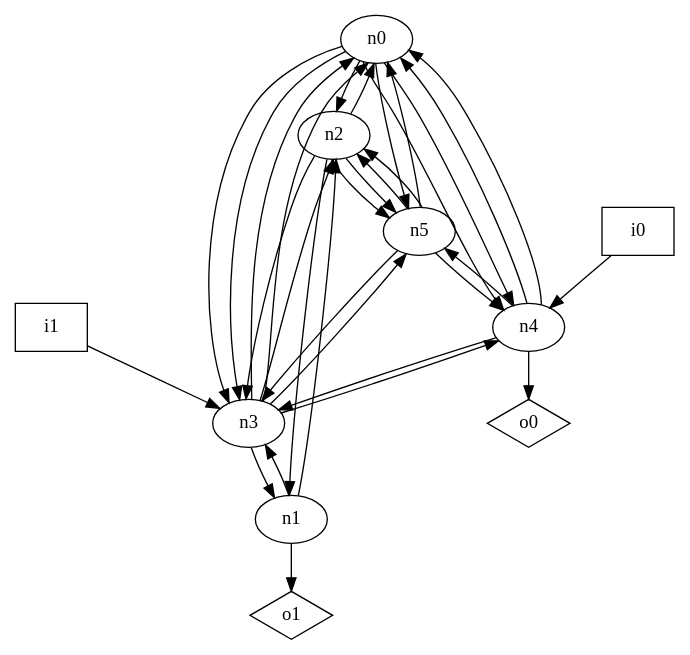
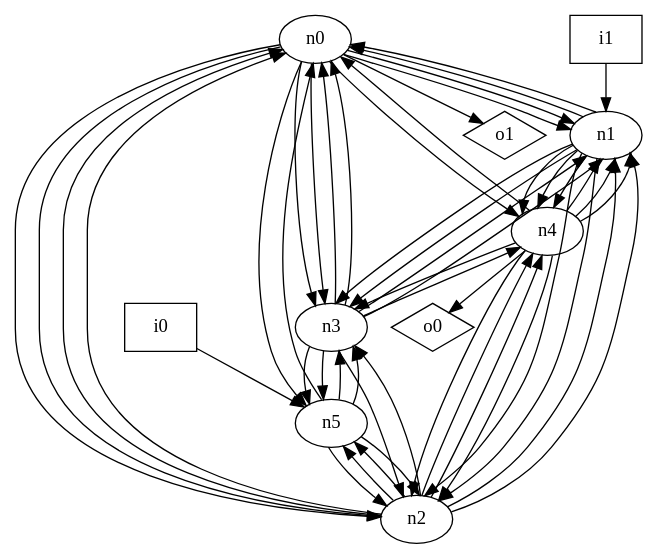
The diagram in dot_files/random/random_undirected_loop_free_graph.dot (p9romain/bool-circuits), drawn with Graphviz before and after one commit. The commit also changed 53 other files, not shown here.

```diff
--- a/dot_files/random/random_undirected_loop_free_graph.dot
+++ b/dot_files/random/random_undirected_loop_free_graph.dot
@@ -1,44 +1,62 @@
 digraph G {
 n0 [label="n0"];
 n1 [label="n1"];
 n2 [label="n2"];
 n3 [label="n3"];
 n4 [label="n4"];
 n5 [label="n5"];
 n6 [label="i0",shape="box"];
 n7 [label="i1",shape="box"];
 n8 [label="o0",shape="diamond"];
 n9 [label="o1",shape="diamond"];
+n0 -> n1
+n0 -> n1
+n0 -> n2
 n0 -> n2
 n0 -> n3
 n0 -> n3
 n0 -> n4
-n0 -> n4
 n0 -> n5
+n0 -> n9
+n1 -> n0
+n1 -> n0
+n1 -> n2
 n1 -> n2
 n1 -> n3
-n1 -> n9
+n1 -> n3
+n1 -> n4
+n1 -> n4
+n1 -> n4
+n2 -> n0
 n2 -> n0
 n2 -> n1
+n2 -> n1
 n2 -> n3
+n2 -> n4
+n2 -> n4
 n2 -> n5
 n2 -> n5
 n3 -> n0
 n3 -> n0
 n3 -> n1
+n3 -> n1
 n3 -> n2
 n3 -> n4
 n3 -> n5
+n3 -> n5
 n4 -> n0
-n4 -> n0
+n4 -> n1
+n4 -> n1
+n4 -> n1
+n4 -> n2
+n4 -> n2
 n4 -> n3
-n4 -> n5
 n4 -> n8
 n5 -> n0
 n5 -> n2
 n5 -> n2
 n5 -> n3
-n5 -> n4
-n6 -> n4
-n7 -> n3
+n5 -> n3
+n6 -> n5
+n7 -> n1
 }
```
